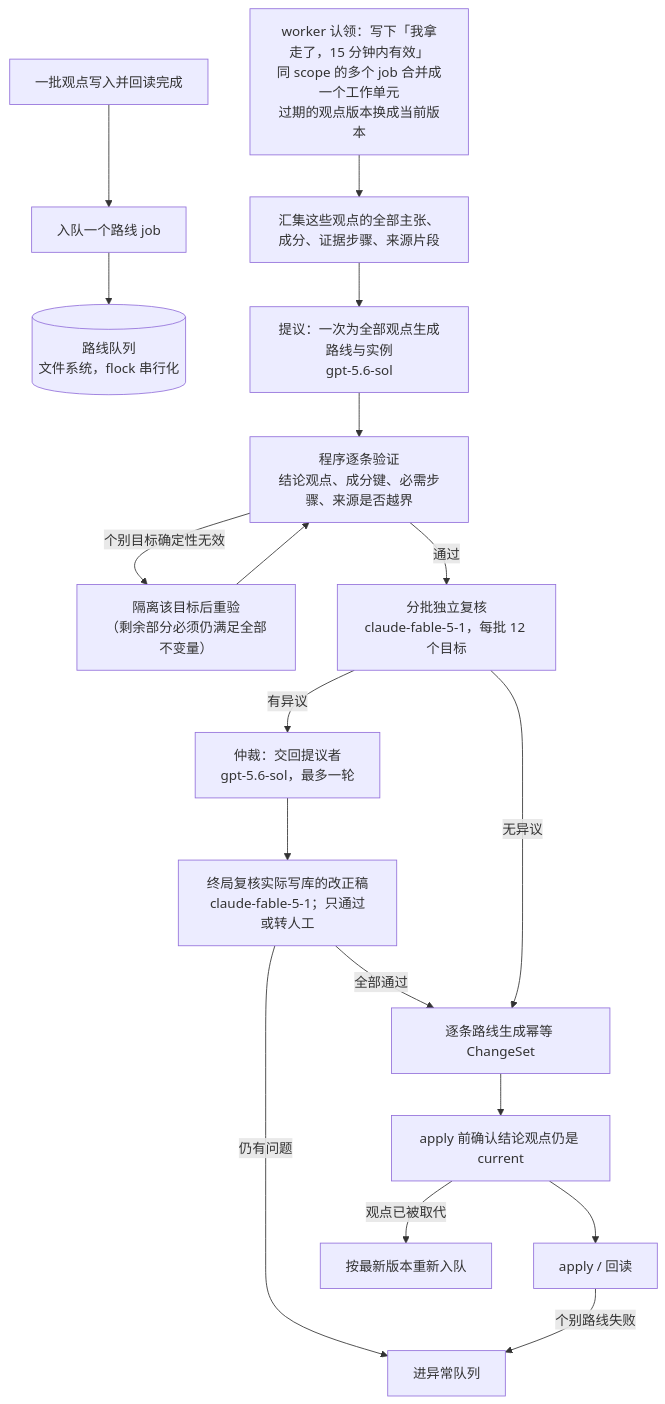
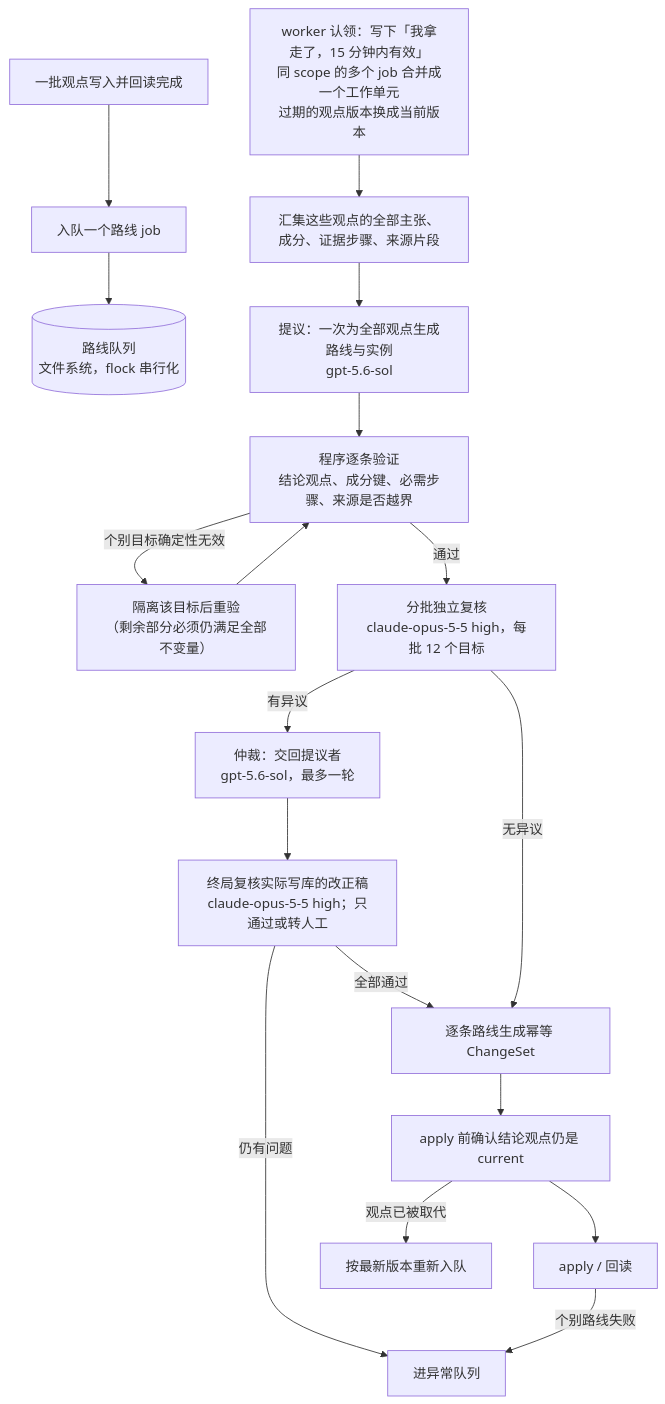
Before and after one commit to junyang168/smart-answer: the fourth of 4 diagrams in docs/wang-knowledge-platform/20-knowledge/canonical_viewpoint_design.md, drawn with Mermaid. The commit also changed other lines of this file and 3 other files, not shown here.

Commit message:
Use Opus 5.5 high for argument route review

````diff
--- a/docs/wang-knowledge-platform/20-knowledge/canonical_viewpoint_design.md
+++ b/docs/wang-knowledge-platform/20-knowledge/canonical_viewpoint_design.md
@@ -252,21 +252,21 @@
 ```mermaid
 flowchart TD
     A["一批观点写入并回读完成"] --> J["入队一个路线 job"]
     J --> QQ[("路线队列<br/>文件系统，flock 串行化")]
     CL["worker 认领：写下「我拿走了，15 分钟内有效」<br/>同 scope 的多个 job 合并成一个工作单元<br/>过期的观点版本换成当前版本"]
     CL --> G["汇集这些观点的全部主张、成分、证据步骤、来源片段"]
     G --> P["提议：一次为全部观点生成路线与实例<br/>gpt-5.6-sol"]
     P --> V["程序逐条验证<br/>结论观点、成分键、必需步骤、来源是否越界"]
     V -->|"个别目标确定性无效"| I["隔离该目标后重验<br/>（剩余部分必须仍满足全部不变量）"]
     I --> V
-    V -->|"通过"| R["分批独立复核<br/>claude-fable-5-1，每批 12 个目标"]
+    V -->|"通过"| R["分批独立复核<br/>claude-opus-5-5 high，每批 12 个目标"]
     R -->|"有异议"| C["仲裁：交回提议者<br/>gpt-5.6-sol，最多一轮"]
-    C --> FR["终局复核实际写库的改正稿<br/>claude-fable-5-1；只通过或转人工"]
+    C --> FR["终局复核实际写库的改正稿<br/>claude-opus-5-5 high；只通过或转人工"]
     FR -->|"全部通过"| W
     FR -->|"仍有问题"| E
     R -->|"无异议"| W["逐条路线生成幂等 ChangeSet"]
     W --> K["apply 前确认结论观点仍是 current"]
     K --> RB["apply / 回读"]
     K -->|"观点已被取代"| Q["按最新版本重新入队"]
     RB -->|"个别路线失败"| E["进异常队列"]
 ```
````
